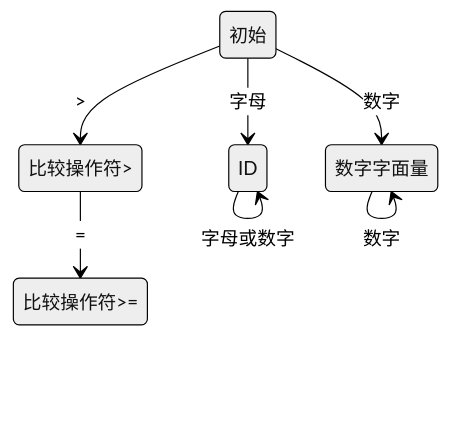
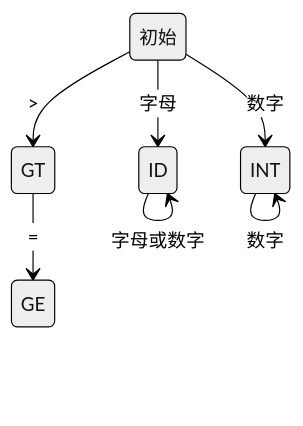
Before and after one commit to 0xcaffebabe/note: the second of 2 diagrams in doc/编译原理/编译原理.md, drawn with Mermaid (neutral theme). The commit also changed other lines of this file, not shown here.

````diff
--- a/doc/编译原理/编译原理.md
+++ b/doc/编译原理/编译原理.md
@@ -25,9 +91,9 @@
 ```mermaid
 stateDiagram-v2
-  初始 --> 比较操作符>: >
-  比较操作符> --> 比较操作符>=: =
-  初始 --> ID: 字母
-  ID --> ID: 字母或数字
-  初始 --> 数字字面量: 数字
-  数字字面量 --> 数字字面量: 数字
+    初始 --> GT: >
+    GT --> GE: =
+    初始 --> ID: 字母
+    ID --> ID: 字母或数字
+    初始 --> INT: 数字
+    INT --> INT: 数字
 ```
````
